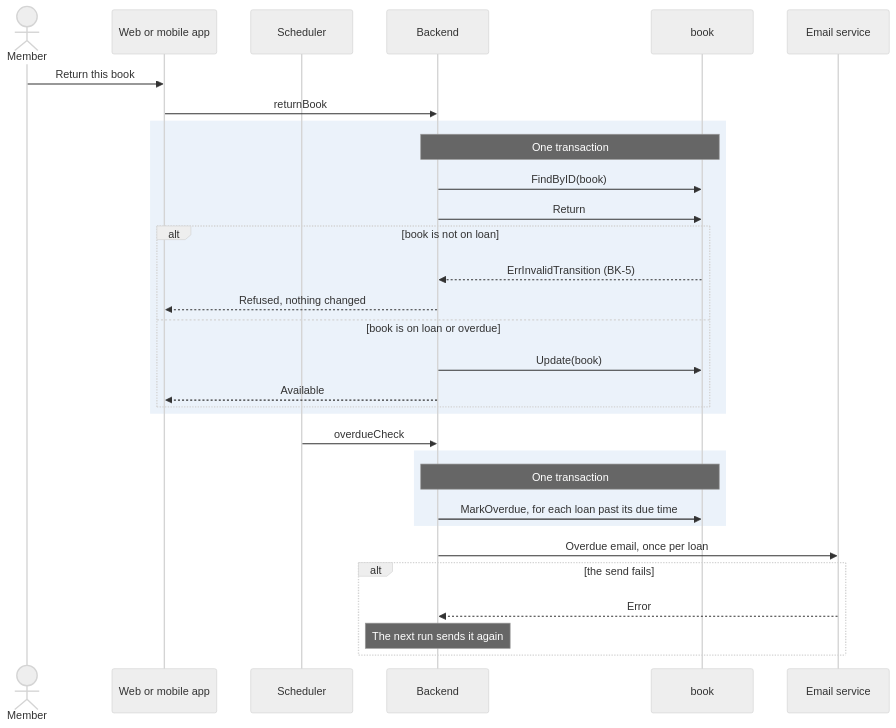
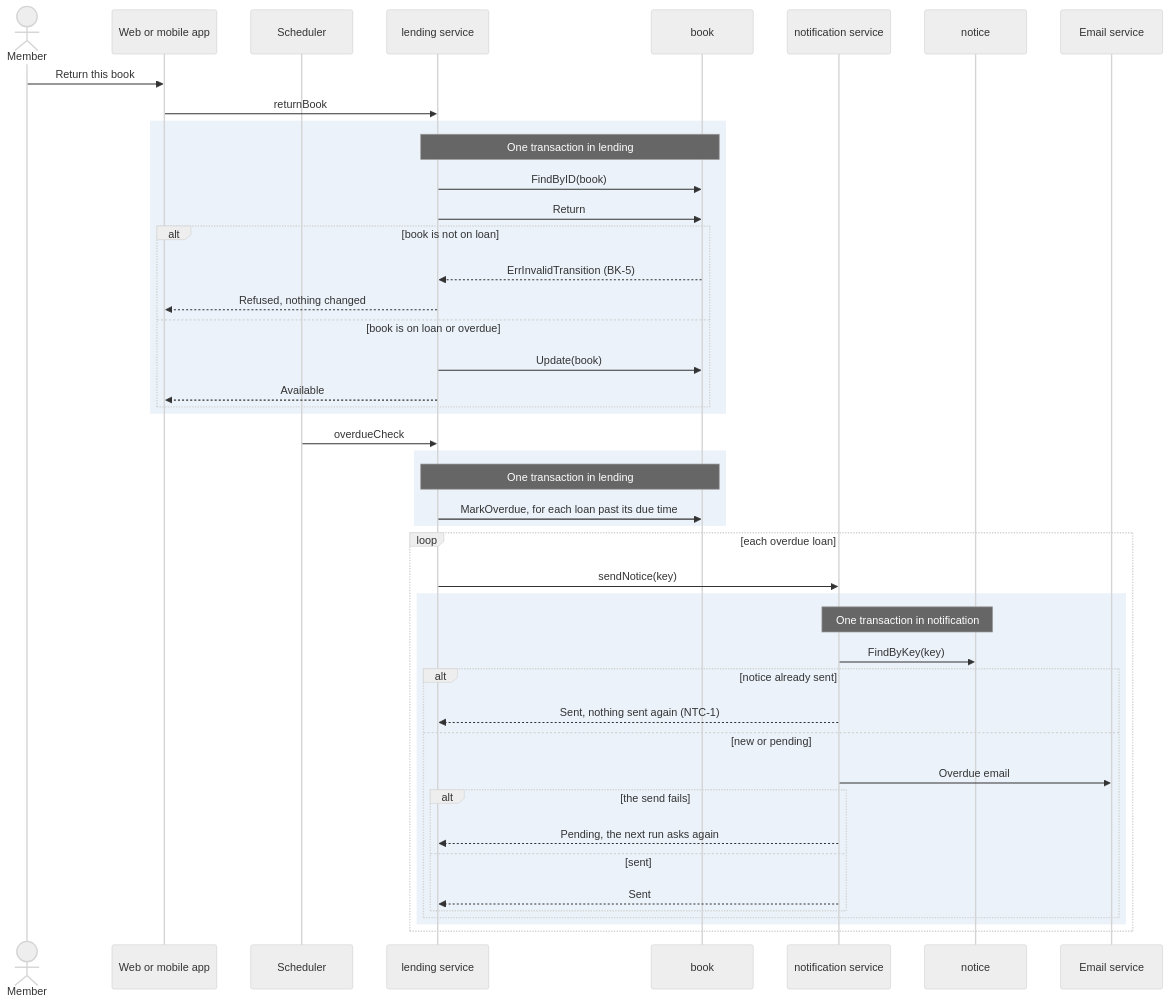
Before and after one commit to hieutran21198/Artifact-Driven-Framework: the diagram in docs/software-knowledges/flows/return-book.md, drawn with Mermaid (neutral theme). The commit also changed other lines of this file and 77 other files, not shown here.

````diff
--- a/docs/software-knowledges/flows/return-book.md
+++ b/docs/software-knowledges/flows/return-book.md
@@ -38,35 +47,49 @@
 ```mermaid
 sequenceDiagram
     actor Member
     participant Client as Web or mobile app
     participant Scheduler
-    participant Backend
+    participant Lending as lending service
     participant B as book
+    participant Notification as notification service
+    participant N as notice
     participant Email as Email service
 
     Member->>Client: Return this book
-    Client->>Backend: returnBook
+    Client->>Lending: returnBook
     rect rgb(235, 242, 250)
-        note over Backend,B: One transaction
-        Backend->>B: FindByID(book)
-        Backend->>B: Return
+        note over Lending,B: One transaction in lending
+        Lending->>B: FindByID(book)
+        Lending->>B: Return
         alt book is not on loan
-            B-->>Backend: ErrInvalidTransition (BK-5)
-            Backend-->>Client: Refused, nothing changed
+            B-->>Lending: ErrInvalidTransition (BK-5)
+            Lending-->>Client: Refused, nothing changed
         else book is on loan or overdue
-            Backend->>B: Update(book)
-            Backend-->>Client: Available
+            Lending->>B: Update(book)
+            Lending-->>Client: Available
         end
     end
 
-    Scheduler->>Backend: overdueCheck
+    Scheduler->>Lending: overdueCheck
     rect rgb(235, 242, 250)
-        note over Backend,B: One transaction
-        Backend->>B: MarkOverdue, for each loan past its due time
+        note over Lending,B: One transaction in lending
+        Lending->>B: MarkOverdue, for each loan past its due time
     end
-    Backend->>Email: Overdue email, once per loan
-    alt the send fails
-        Email-->>Backend: Error
-        note over Backend: The next run sends it again
+    loop each overdue loan
+        Lending->>Notification: sendNotice(key)
+        rect rgb(235, 242, 250)
+            note over Notification,N: One transaction in notification
+            Notification->>N: FindByKey(key)
+            alt notice already sent
+                Notification-->>Lending: Sent, nothing sent again (NTC-1)
+            else new or pending
+                Notification->>Email: Overdue email
+                alt the send fails
+                    Notification-->>Lending: Pending, the next run asks again
+                else sent
+                    Notification-->>Lending: Sent
+                end
+            end
+        end
     end
 ```
````
